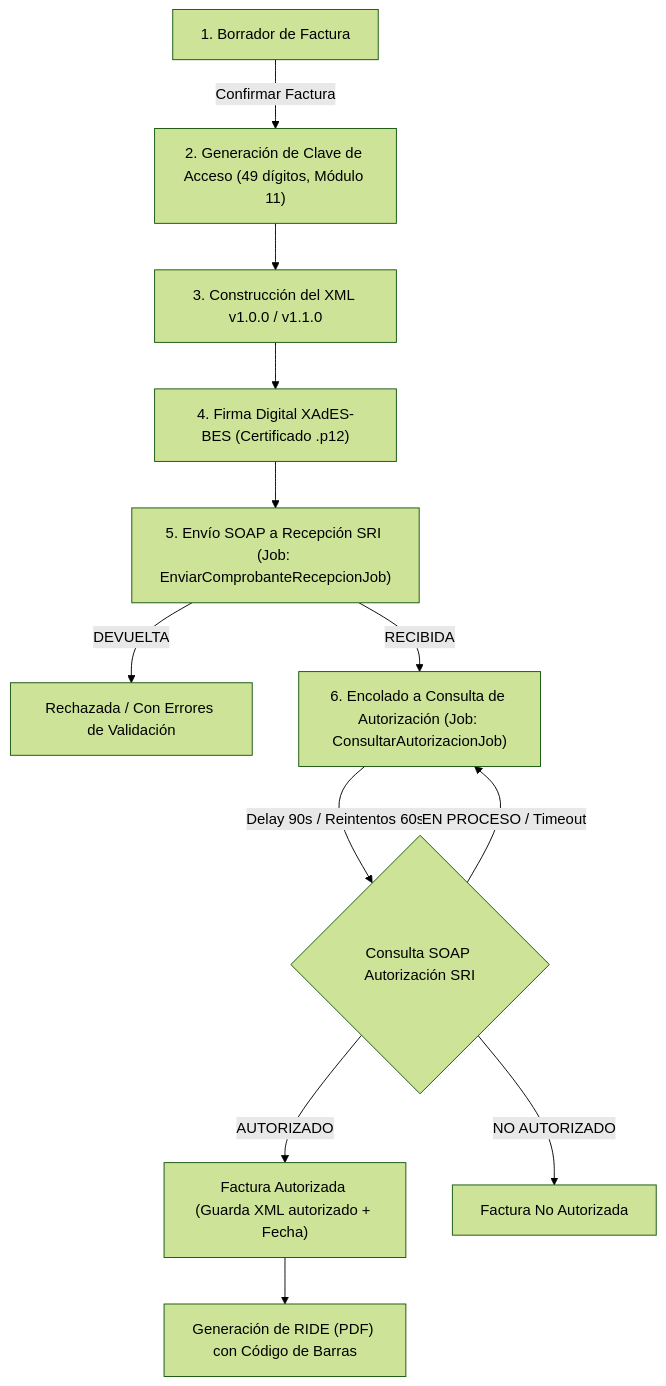
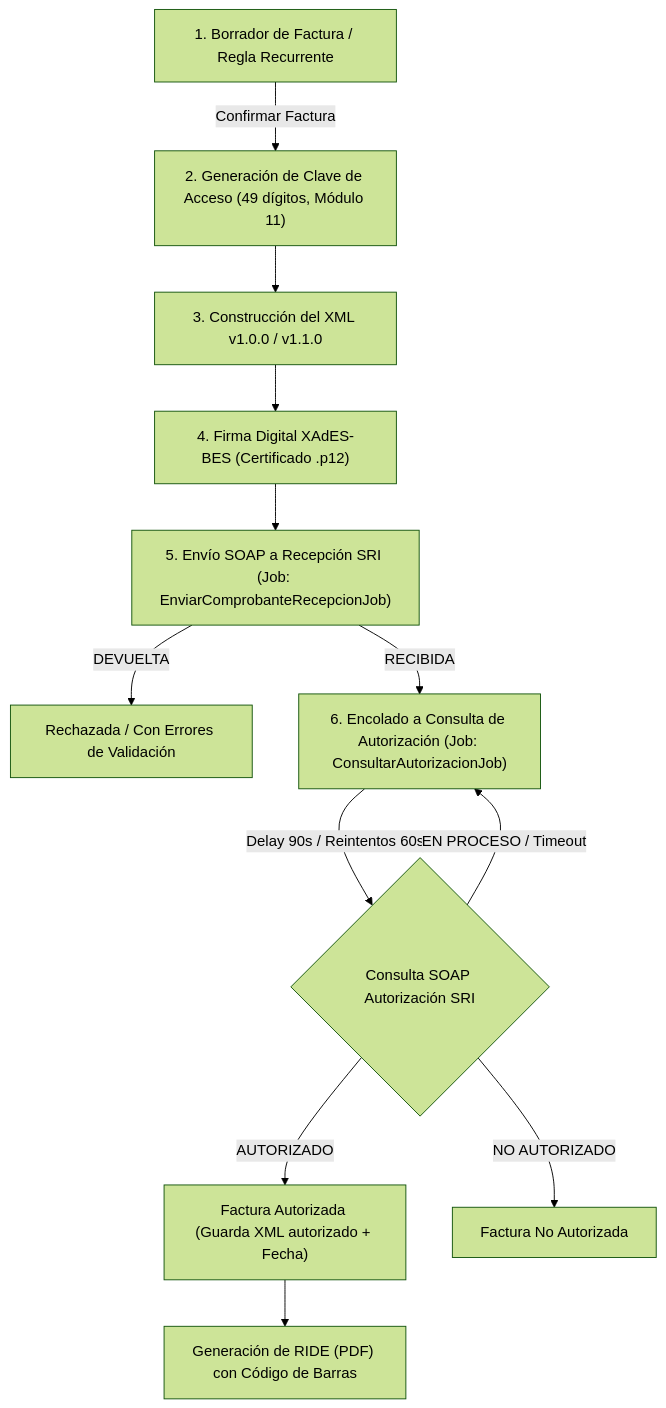
Before and after one commit to ICG-dev/FacFa---Sri: the diagram in README.md, drawn with Mermaid (forest theme). The commit also changed other lines of this file and 41 other files, not shown here.

````diff
--- a/README.md
+++ b/README.md
@@ -66,14 +95,14 @@
 ```mermaid
 flowchart TD
-    A["1. Borrador de Factura"] -->|"Confirmar Factura"| B["2. Generación de Clave de Acceso (49 dígitos, Módulo 11)"]
+    A["1. Borrador de Factura / Regla Recurrente"] -->|"Confirmar Factura"| B["2. Generación de Clave de Acceso (49 dígitos, Módulo 11)"]
     B --> C["3. Construcción del XML v1.0.0 / v1.1.0"]
     C --> D["4. Firma Digital XAdES-BES (Certificado .p12)"]
     D --> E["5. Envío SOAP a Recepción SRI (Job: EnviarComprobanteRecepcionJob)"]
     E -->|"DEVUELTA"| F["Rechazada / Con Errores de Validación"]
     E -->|"RECIBIDA"| G["6. Encolado a Consulta de Autorización (Job: ConsultarAutorizacionJob)"]
     G -->|"Delay 90s / Reintentos 60s"| H{"Consulta SOAP Autorización SRI"}
     H -->|"AUTORIZADO"| I["Factura Autorizada (Guarda XML autorizado + Fecha)"]
     H -->|"NO AUTORIZADO"| J["Factura No Autorizada"]
     H -->|"EN PROCESO / Timeout"| G
     I --> K["Generación de RIDE (PDF) con Código de Barras"]
 ```
````
